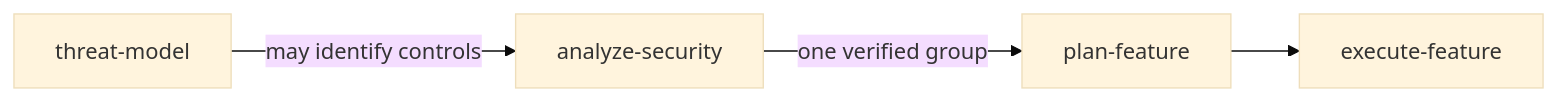
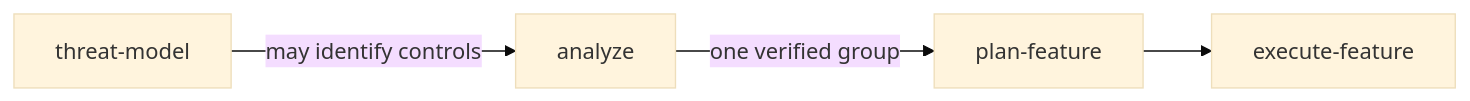
Before and after one commit to pnewsam/skills: the fifth of 6 diagrams in README.md, drawn with Mermaid (base theme). The commit also changed other lines of this file, not shown here.

First line of the commit message:
docs(readme): reflect analyze/validate collapse and the redundancy eviction

````diff
--- a/README.md
+++ b/README.md
@@ -208,6 +206,6 @@
 ```mermaid
 flowchart LR
-    TM[threat-model] -->|may identify controls| AS[analyze-security]
+    TM[threat-model] -->|may identify controls| AS[analyze]
     AS -->|one verified group| PF1[plan-feature]
     PF1 --> EF1[execute-feature]
 ```
````
